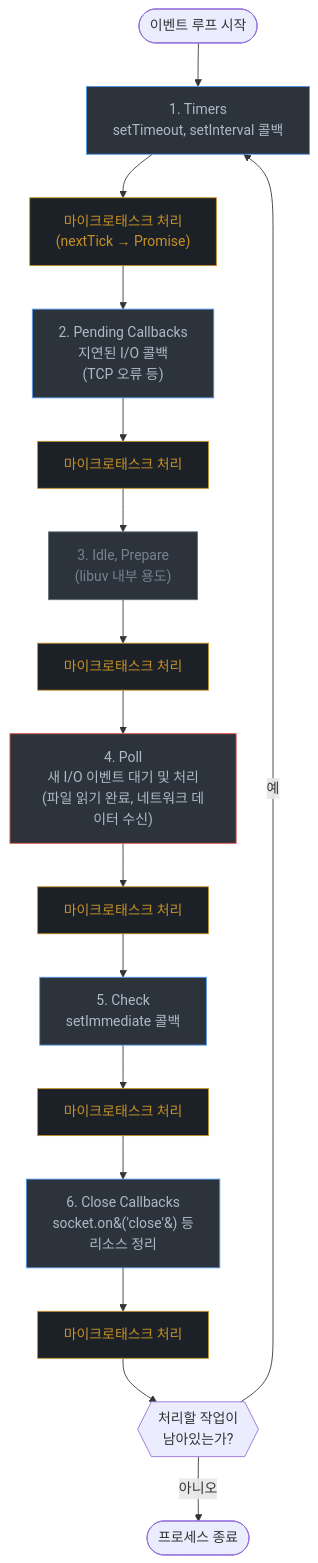
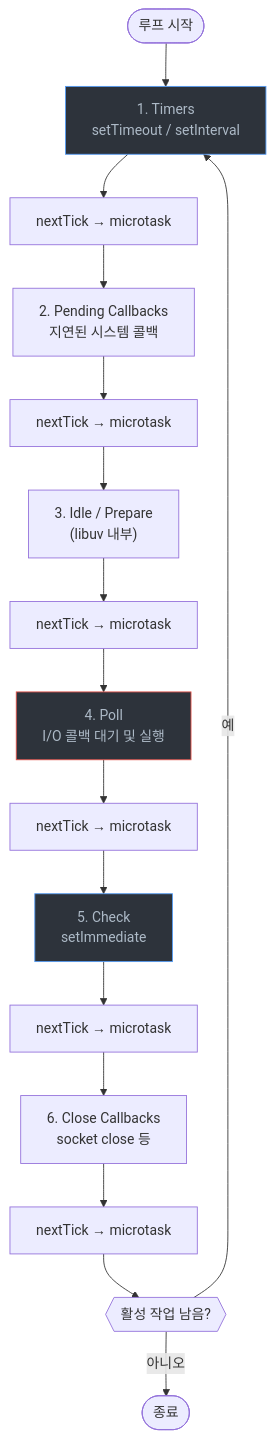
One commit to GYUTORY/YGSTUDY changed the fourth of 4 diagrams in Develop/Framework/Node/Nodejs의 구조 및 작동 원리/Node.md. Above: the diagram before and after it, drawn with Mermaid. The commit also changed other lines of this file and 2 other files, not shown here.

````diff
--- a/Develop/Framework/Node/Nodejs의 구조 및 작동 원리/Node.md
+++ b/Develop/Framework/Node/Nodejs의 구조 및 작동 원리/Node.md
@@ -199,44 +202,35 @@
 ```mermaid
 graph TD
-    START(["이벤트 루프 시작"]) --> T
+    START(["루프 시작"]) --> T
 
-    T["1. Timers<br/>setTimeout, setInterval 콜백"]
-    T --> MT1["마이크로태스크 처리<br/>(nextTick → Promise)"]
+    T["1. Timers<br/>setTimeout / setInterval"]
+    T --> MT1["nextTick → microtask"]
     MT1 --> P
 
-    P["2. Pending Callbacks<br/>지연된 I/O 콜백<br/>(TCP 오류 등)"]
-    P --> MT2["마이크로태스크 처리"]
+    P["2. Pending Callbacks<br/>지연된 시스템 콜백"]
+    P --> MT2["nextTick → microtask"]
     MT2 --> I
 
-    I["3. Idle, Prepare<br/>(libuv 내부 용도)"]
-    I --> MT3["마이크로태스크 처리"]
+    I["3. Idle / Prepare<br/>(libuv 내부)"]
+    I --> MT3["nextTick → microtask"]
     MT3 --> PO
 
-    PO["4. Poll<br/>새 I/O 이벤트 대기 및 처리<br/>(파일 읽기 완료, 네트워크 데이터 수신)"]
-    PO --> MT4["마이크로태스크 처리"]
+    PO["4. Poll<br/>I/O 콜백 대기 및 실행"]
+    PO --> MT4["nextTick → microtask"]
     MT4 --> C
 
-    C["5. Check<br/>setImmediate 콜백"]
-    C --> MT5["마이크로태스크 처리"]
+    C["5. Check<br/>setImmediate"]
+    C --> MT5["nextTick → microtask"]
     MT5 --> CL
 
-    CL["6. Close Callbacks<br/>socket.on&#40;'close'&#41; 등<br/>리소스 정리"]
-    CL --> MT6["마이크로태스크 처리"]
-    MT6 --> CHECK{{"처리할 작업이<br/>남아있는가?"}}
+    CL["6. Close Callbacks<br/>socket close 등"]
+    CL --> MT6["nextTick → microtask"]
+    MT6 --> CHECK{{"활성 작업 남음?"}}
 
     CHECK -- "예" --> T
-    CHECK -- "아니오" --> END(["프로세스 종료"])
+    CHECK -- "아니오" --> END(["종료"])
 
+    style PO fill:#2d333b,stroke:#e5534b,color:#adbac7
     style T fill:#2d333b,stroke:#539bf5,color:#adbac7
-    style P fill:#2d333b,stroke:#539bf5,color:#adbac7
-    style I fill:#2d333b,stroke:#636e7b,color:#768390
-    style PO fill:#2d333b,stroke:#e5534b,color:#adbac7
     style C fill:#2d333b,stroke:#539bf5,color:#adbac7
-    style CL fill:#2d333b,stroke:#539bf5,color:#adbac7
-    style MT1 fill:#1c2128,stroke:#c69026,color:#c69026
-    style MT2 fill:#1c2128,stroke:#c69026,color:#c69026
-    style MT3 fill:#1c2128,stroke:#c69026,color:#c69026
-    style MT4 fill:#1c2128,stroke:#c69026,color:#c69026
-    style MT5 fill:#1c2128,stroke:#c69026,color:#c69026
-    style MT6 fill:#1c2128,stroke:#c69026,color:#c69026
 ```
````
